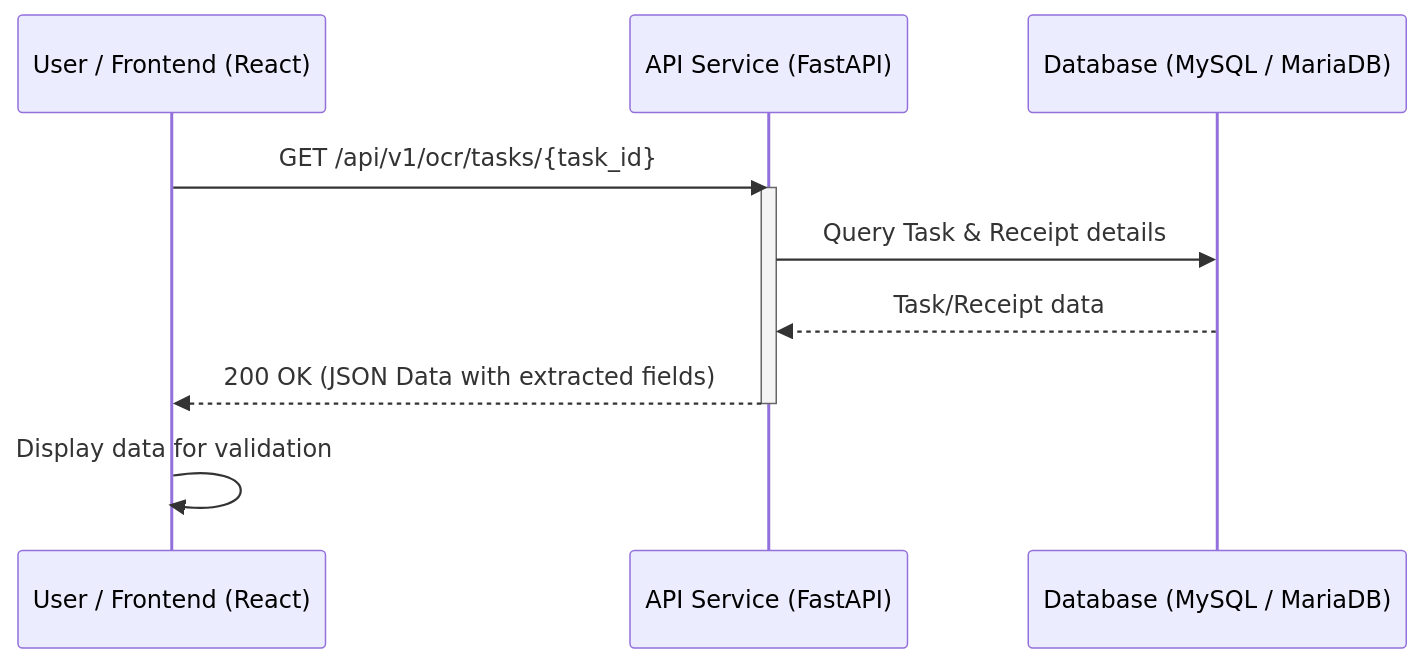
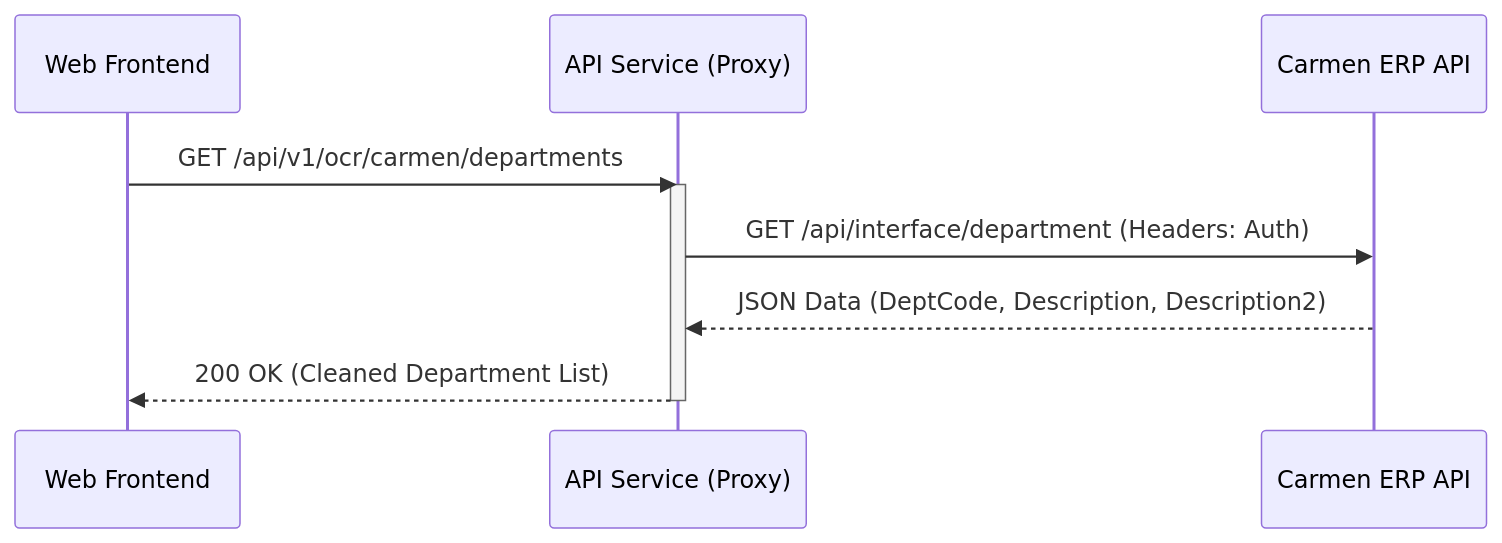
The fourth of 5 diagrams in docs/Software_Requirements_Specification.md (SupportCarmen/OCR), drawn with Mermaid before and after one commit. The commit also changed other lines of this file, not shown here.

````diff
--- a/docs/Software_Requirements_Specification.md
+++ b/docs/Software_Requirements_Specification.md
@@ -74,14 +120,13 @@
 ```mermaid
 sequenceDiagram
-    participant User as User / Frontend (React)
-    participant API as API Service (FastAPI)
-    participant DB as Database (MySQL / MariaDB)
+    participant UI as Web Frontend
+    participant API as API Service (Proxy)
+    participant Carmen as Carmen ERP API
 
-    User->>API: GET /api/v1/ocr/tasks/{task_id}
+    UI->>API: GET /api/v1/ocr/carmen/departments
     activate API
-    API->>DB: Query Task & Receipt details
-    DB-->>API: Task/Receipt data
-    API-->>User: 200 OK (JSON Data with extracted fields)
+    API->>Carmen: GET /api/interface/department (Headers: Auth)
+    Carmen-->>API: JSON Data (DeptCode, Description, Description2)
+    API-->>UI: 200 OK (Cleaned Department List)
     deactivate API
-    User->>User: Display data for validation
 ```
````
